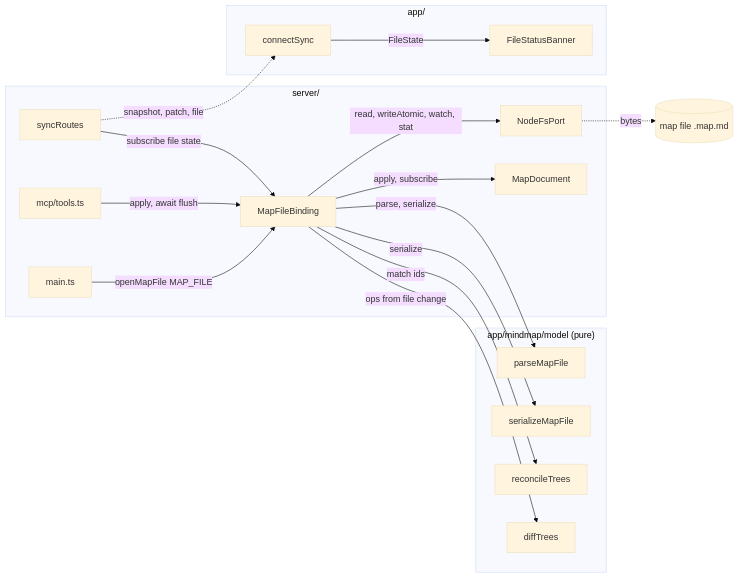
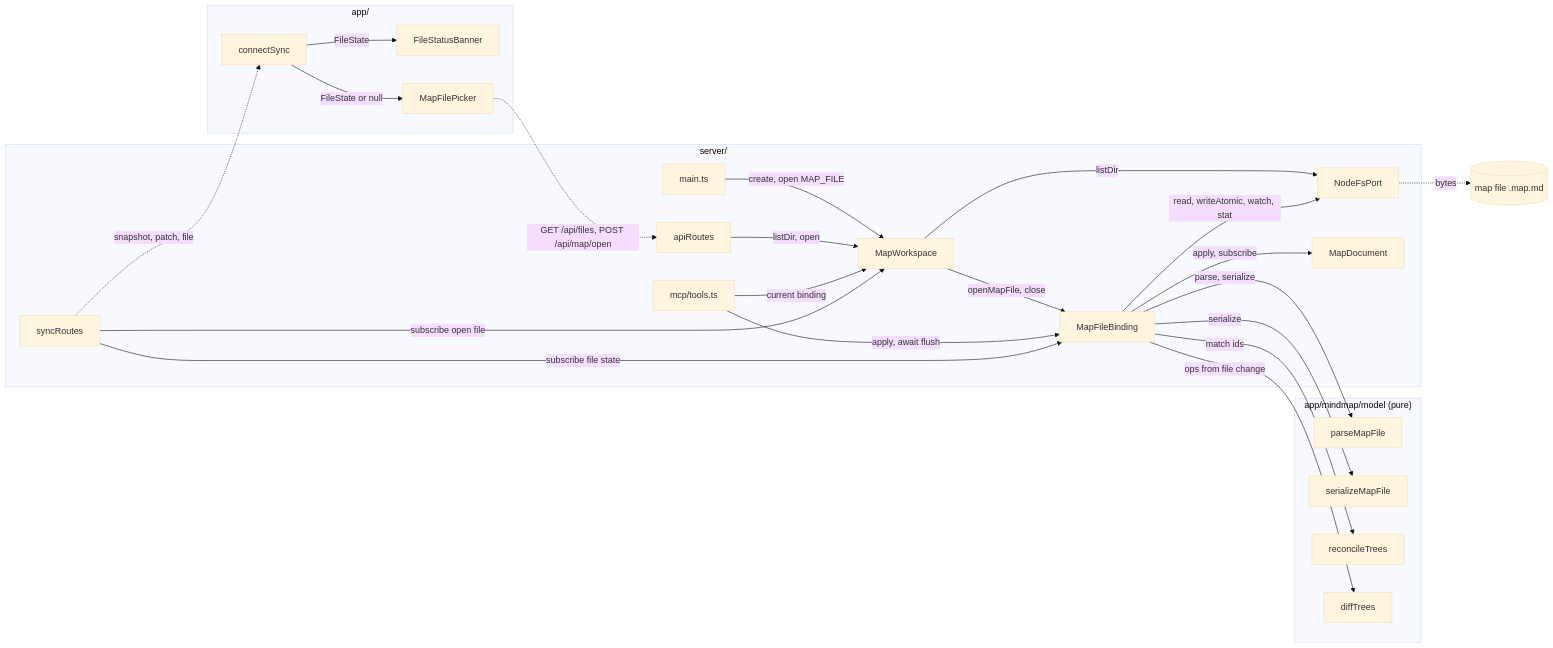
The first of 7 diagrams in docs/map-file-lifecycle-story.md (rimvydasb/thinking-patterns), drawn with Mermaid (base theme) before and after one commit. The commit also changed other lines of this file, not shown here.

````diff
--- a/docs/map-file-lifecycle-story.md
+++ b/docs/map-file-lifecycle-story.md
@@ -187,34 +220,44 @@
 ```mermaid
 flowchart LR
     subgraph model["app/mindmap/model (pure)"]
         parseMapFile
         serializeMapFile
         reconcileTrees
         diffTrees
     end
     subgraph server["server/"]
         main["main.ts"]
+        MapWorkspace
+        apiRoutes
         MapFileBinding
         NodeFsPort
         MapDocument
         syncRoutes
         mcpTools["mcp/tools.ts"]
     end
     subgraph app["app/"]
         connectSync
         FileStatusBanner
+        MapFilePicker
     end
     MapFile[("map file .map.md")]
-    main -->|openMapFile MAP_FILE| MapFileBinding
+    main -->|create, open MAP_FILE| MapWorkspace
+    MapFilePicker -.->|GET /api/files, POST /api/map/open| apiRoutes
+    apiRoutes -->|listDir, open| MapWorkspace
+    MapWorkspace -->|listDir| NodeFsPort
+    MapWorkspace -->|openMapFile, close| MapFileBinding
     MapFileBinding -->|read, writeAtomic, watch, stat| NodeFsPort
     NodeFsPort -.->|bytes| MapFile
     MapFileBinding -->|parse, serialize| parseMapFile
     MapFileBinding -->|serialize| serializeMapFile
     MapFileBinding -->|match ids| reconcileTrees
     MapFileBinding -->|ops from file change| diffTrees
     MapFileBinding -->|apply, subscribe| MapDocument
+    mcpTools -->|current binding| MapWorkspace
     mcpTools -->|apply, await flush| MapFileBinding
+    syncRoutes -->|subscribe open file| MapWorkspace
     syncRoutes -->|subscribe file state| MapFileBinding
     syncRoutes -.->|snapshot, patch, file| connectSync
     connectSync -->|FileState| FileStatusBanner
+    connectSync -->|FileState or null| MapFilePicker
 ```
````
